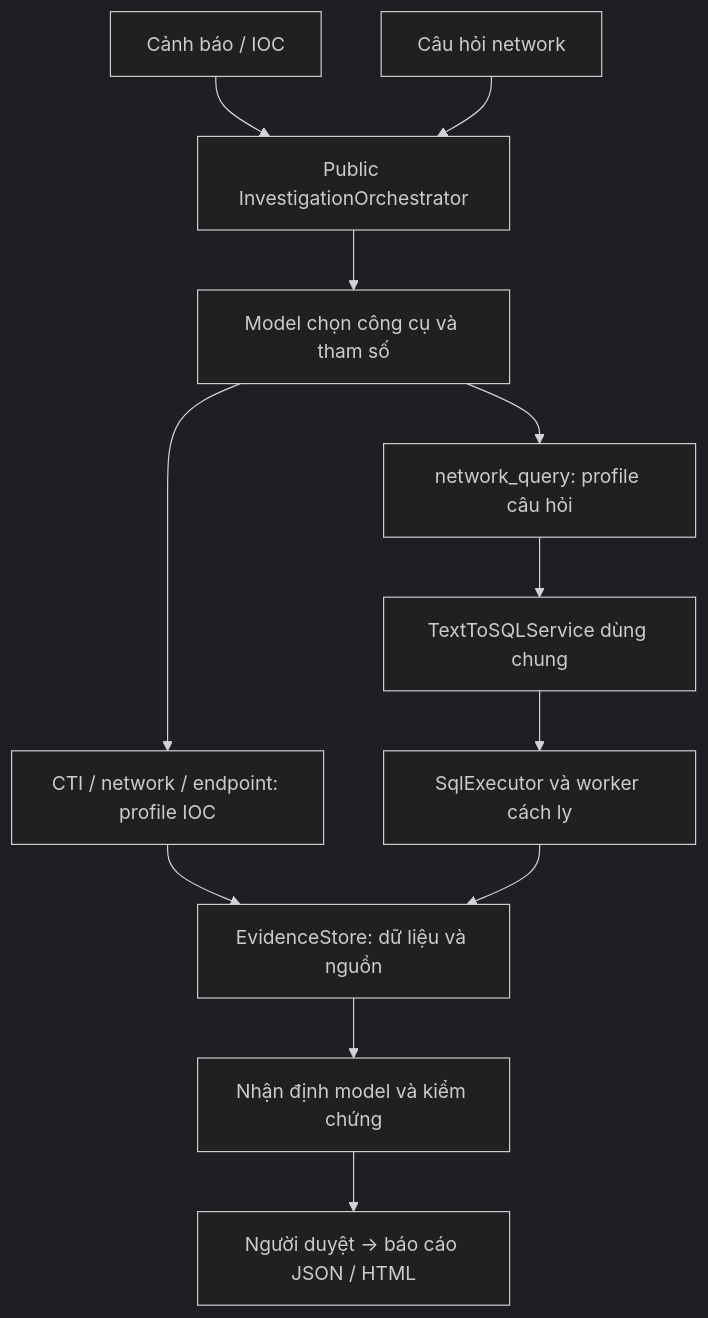
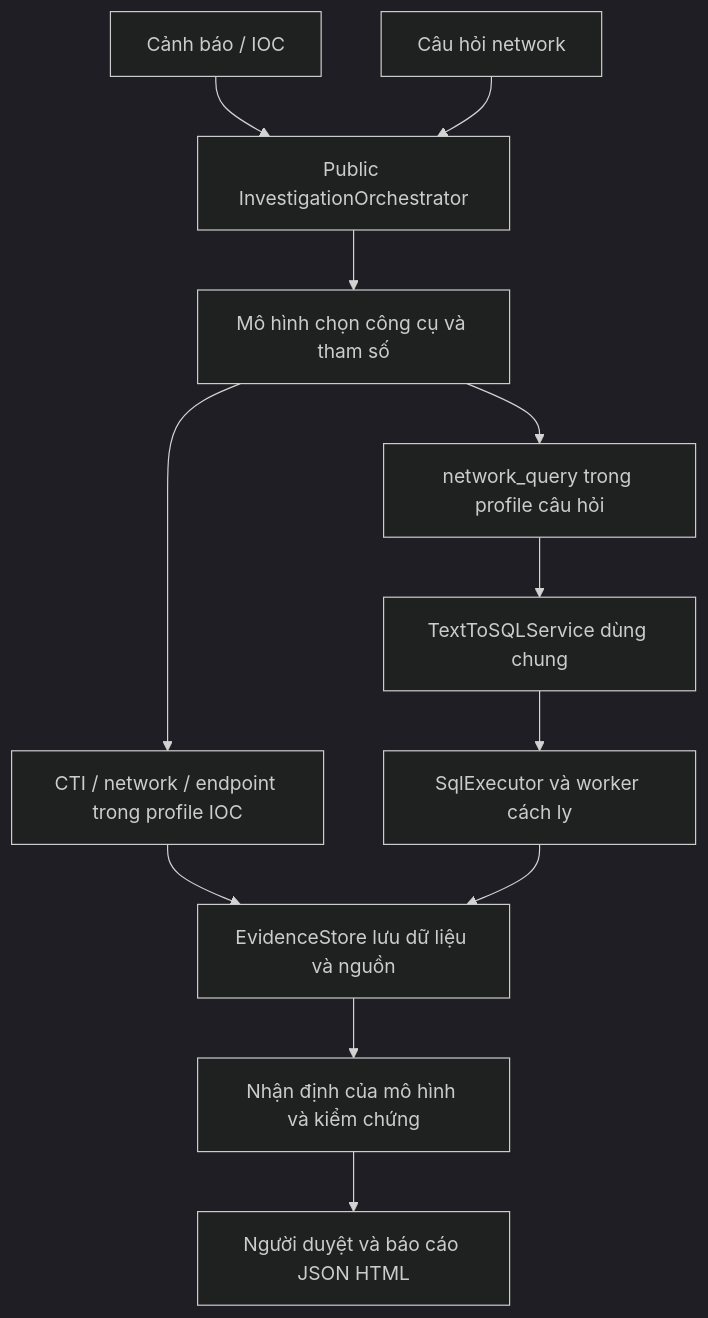
Before and after one commit to Whats-up-pro/VinSOC: the first of 2 diagrams in docs/evaluation/VinSOC_Mentor_Demo_Script_2026-10-14.md, drawn with Mermaid (dark theme). The commit also changed other lines of this file and 2 other files, not shown here.

````diff
--- a/docs/evaluation/VinSOC_Mentor_Demo_Script_2026-10-14.md
+++ b/docs/evaluation/VinSOC_Mentor_Demo_Script_2026-10-14.md
@@ -21,14 +19,14 @@
 ```mermaid
 flowchart TD
     I["Cảnh báo / IOC"] --> O["Public InvestigationOrchestrator"]
     Q["Câu hỏi network"] --> O
-    O --> R["Model chọn công cụ và tham số"]
-    R --> T["CTI / network / endpoint: profile IOC"]
-    R --> N["network_query: profile câu hỏi"]
+    O --> R["Mô hình chọn công cụ và tham số"]
+    R --> T["CTI / network / endpoint trong profile IOC"]
+    R --> N["network_query trong profile câu hỏi"]
     N --> S["TextToSQLService dùng chung"]
     S --> W["SqlExecutor và worker cách ly"]
-    T --> E["EvidenceStore: dữ liệu và nguồn"]
+    T --> E["EvidenceStore lưu dữ liệu và nguồn"]
     W --> E
-    E --> A["Nhận định model và kiểm chứng"]
-    A --> H["Người duyệt → báo cáo JSON / HTML"]
+    E --> A["Nhận định của mô hình và kiểm chứng"]
+    A --> H["Người duyệt và báo cáo JSON HTML"]
 ```
````
